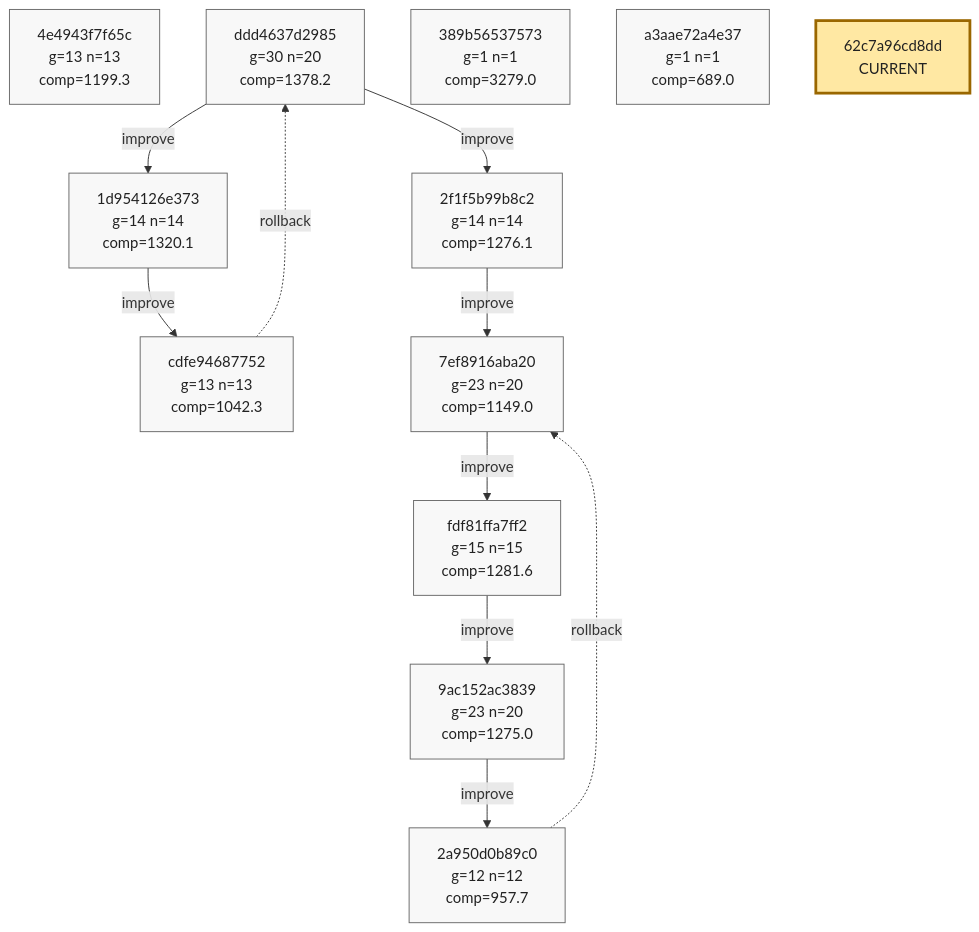
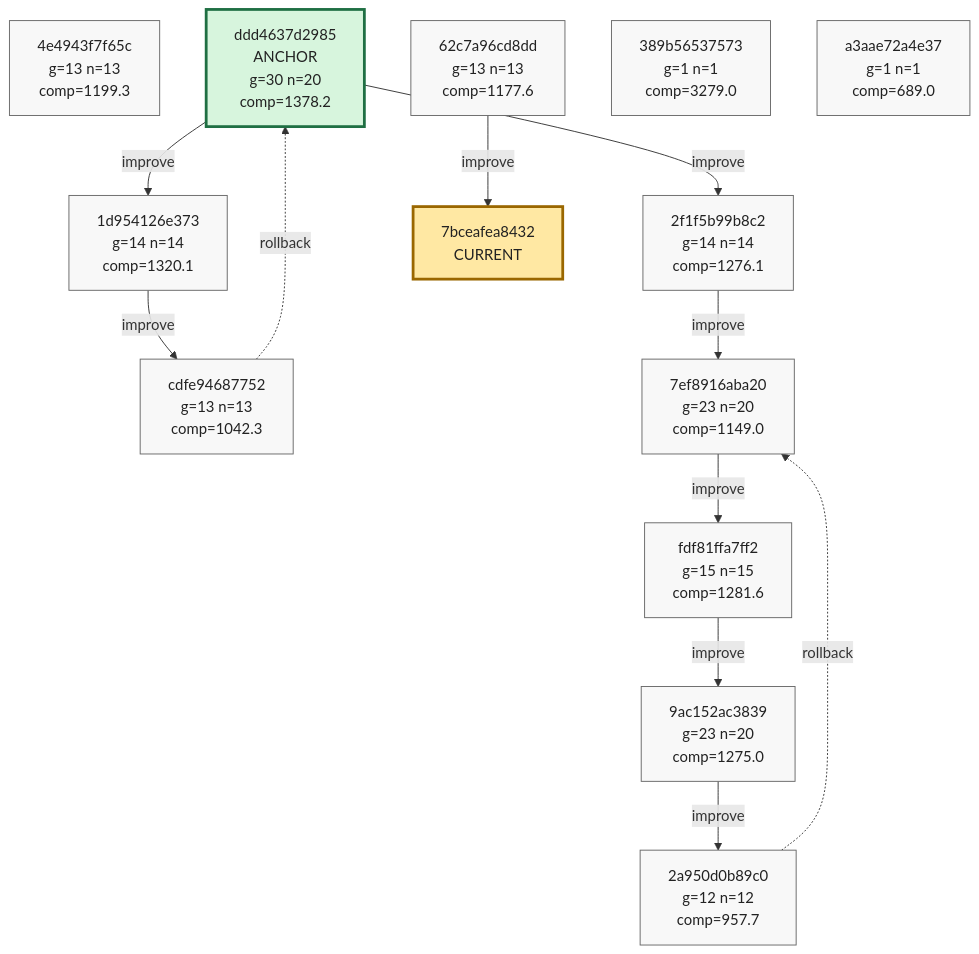
Before and after one commit to azumag/soviet_now: the ninth of 9 diagrams in phyrogenetic-tree.md, drawn with Mermaid. The commit also changed other lines of this file and 2 other files, not shown here.

Commit message:
eloop Improve after 12 games (scores: 1281 976 2336 935 2142 501 820 2180 2702 1285 1224 1848)

````diff
--- a/phyrogenetic-tree.md
+++ b/phyrogenetic-tree.md
@@ -2239,43 +2239,46 @@
 ```mermaid
 flowchart TD
     h_4e4943f7f65c["4e4943f7f65c<br/>g=13 n=13<br/>comp=1199.3"]
-    h_ddd4637d2985["ddd4637d2985<br/>g=30 n=20<br/>comp=1378.2"]
+    h_ddd4637d2985["ddd4637d2985<br/>ANCHOR<br/>g=30 n=20<br/>comp=1378.2"]
     h_1d954126e373["1d954126e373<br/>g=14 n=14<br/>comp=1320.1"]
     h_cdfe94687752["cdfe94687752<br/>g=13 n=13<br/>comp=1042.3"]
     h_2f1f5b99b8c2["2f1f5b99b8c2<br/>g=14 n=14<br/>comp=1276.1"]
     h_7ef8916aba20["7ef8916aba20<br/>g=23 n=20<br/>comp=1149.0"]
     h_fdf81ffa7ff2["fdf81ffa7ff2<br/>g=15 n=15<br/>comp=1281.6"]
     h_9ac152ac3839["9ac152ac3839<br/>g=23 n=20<br/>comp=1275.0"]
     h_2a950d0b89c0["2a950d0b89c0<br/>g=12 n=12<br/>comp=957.7"]
+    h_62c7a96cd8dd["62c7a96cd8dd<br/>g=13 n=13<br/>comp=1177.6"]
     h_389b56537573["389b56537573<br/>g=1 n=1<br/>comp=3279.0"]
     h_a3aae72a4e37["a3aae72a4e37<br/>g=1 n=1<br/>comp=689.0"]
-    h_62c7a96cd8dd["62c7a96cd8dd<br/>CURRENT"]
+    h_7bceafea8432["7bceafea8432<br/>CURRENT"]
 
     h_ddd4637d2985 -->|improve| h_1d954126e373
     h_1d954126e373 -->|improve| h_cdfe94687752
     h_cdfe94687752 -. rollback .-> h_ddd4637d2985
     h_ddd4637d2985 -->|improve| h_2f1f5b99b8c2
     h_2f1f5b99b8c2 -->|improve| h_7ef8916aba20
     h_7ef8916aba20 -->|improve| h_fdf81ffa7ff2
     h_fdf81ffa7ff2 -->|improve| h_9ac152ac3839
     h_9ac152ac3839 -->|improve| h_2a950d0b89c0
     h_2a950d0b89c0 -. rollback .-> h_7ef8916aba20
+    h_62c7a96cd8dd -->|improve| h_7bceafea8432
 
     classDef plain fill:#f8f8f8,stroke:#666,stroke-width:1px,color:#222;
     classDef current fill:#ffe8a3,stroke:#9a6700,stroke-width:3px,color:#222;
     classDef anchor fill:#d7f5dd,stroke:#1f6f43,stroke-width:3px,color:#222;
     classDef current_anchor fill:#f3e4a8,stroke:#1f6f43,stroke-width:4px,color:#222;
 
     class h_4e4943f7f65c plain;
-    class h_ddd4637d2985 plain;
+    class h_ddd4637d2985 anchor;
     class h_1d954126e373 plain;
     class h_cdfe94687752 plain;
     class h_2f1f5b99b8c2 plain;
     class h_7ef8916aba20 plain;
     class h_fdf81ffa7ff2 plain;
     class h_9ac152ac3839 plain;
     class h_2a950d0b89c0 plain;
+    class h_62c7a96cd8dd plain;
     class h_389b56537573 plain;
     class h_a3aae72a4e37 plain;
-    class h_62c7a96cd8dd current;
+    class h_7bceafea8432 current;
 ```
````
